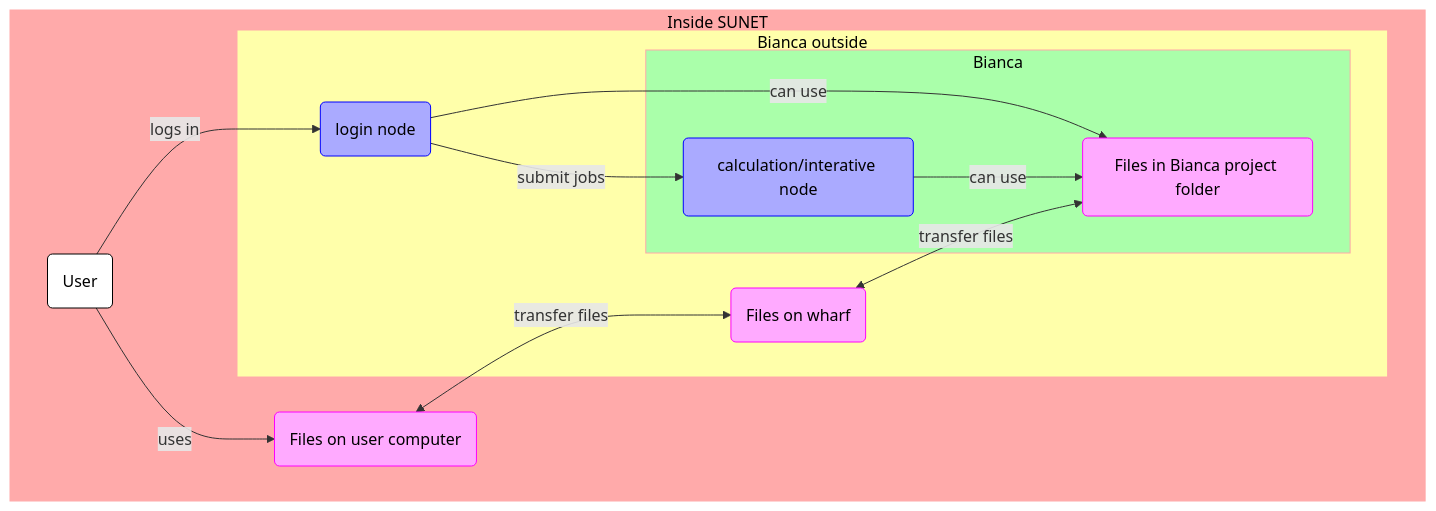
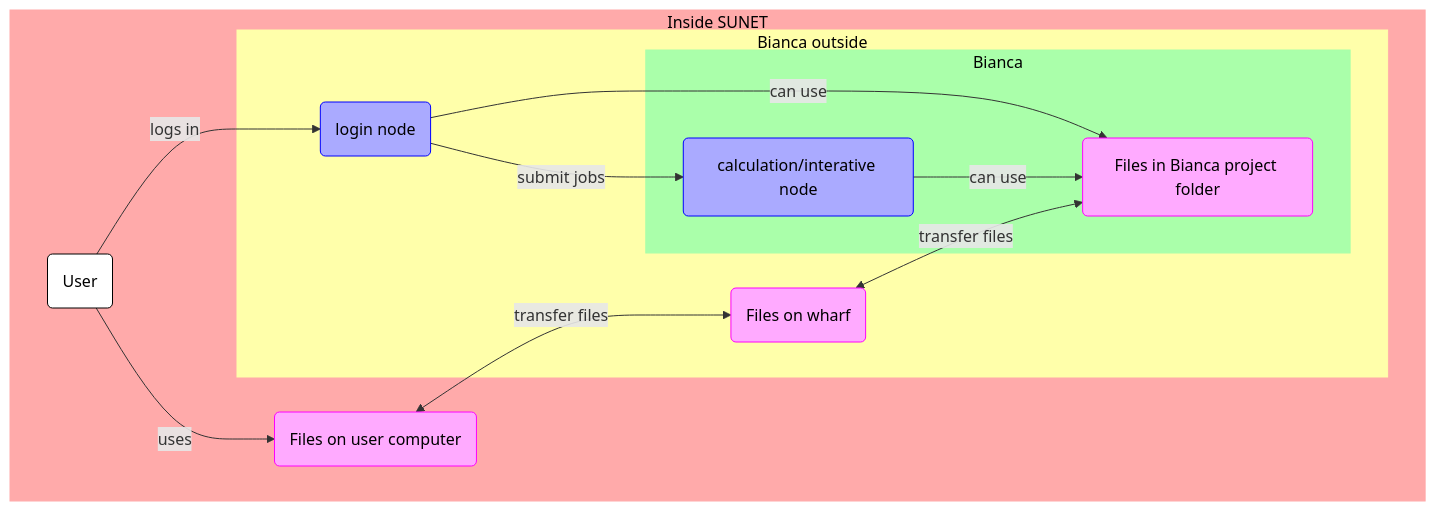
The first of 2 diagrams in docs/file_transfer_using_gui.md (UPPMAX/bianca_workshop), drawn with Mermaid before and after one commit. The commit also changed other lines of this file, not shown here.

Commit message:
no border

````diff
--- a/docs/file_transfer_using_gui.md
+++ b/docs/file_transfer_using_gui.md
@@ -29,34 +29,34 @@
 ```mermaid
 flowchart TD
 
     %% Give a white background to all nodes, instead of a transparent one
     classDef node fill:#fff,color:#000,stroke:#000
 
     %% Graph nodes for files and calculations
     classDef file_node fill:#faf,color:#000,stroke:#f0f
     classDef calculation_node fill:#aaf,color:#000,stroke:#00f
 
     subgraph sunet[Inside SUNET]
       subgraph bianca_outside[Bianca outside]
         login_node(login node):::calculation_node
         files_on_wharf(Files on wharf):::file_node
         subgraph bianca_inside[Bianca]
           calculation_node(calculation/interative node):::calculation_node
           files_in_bianca_project(Files in Bianca project folder):::file_node
         end
       end
       user(User)
       user_local_files(Files on user computer):::file_node
     end
-    style bianca_inside fill:#afa,color:#000,stroke:#faa
-    style bianca_outside fill:#ffa,color:#000,stroke:#faa
+    style bianca_inside fill:#afa,color:#000,stroke:#afa
+    style bianca_outside fill:#ffa,color:#000,stroke:#ffa
     style sunet fill:#faa,color:#000,stroke:#faa
 
     user --> |logs in |login_node
     user --> |uses| user_local_files
     user_local_files <--> |transfer files|files_on_wharf
     login_node --> |submit jobs|calculation_node
     login_node --> |can use|files_in_bianca_project
     calculation_node --> |can use|files_in_bianca_project
     files_on_wharf <--> |transfer files| files_in_bianca_project
 ```
````
